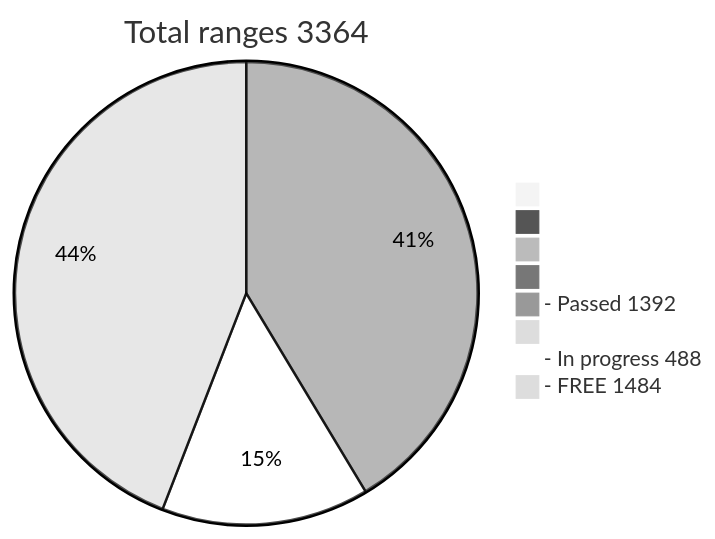
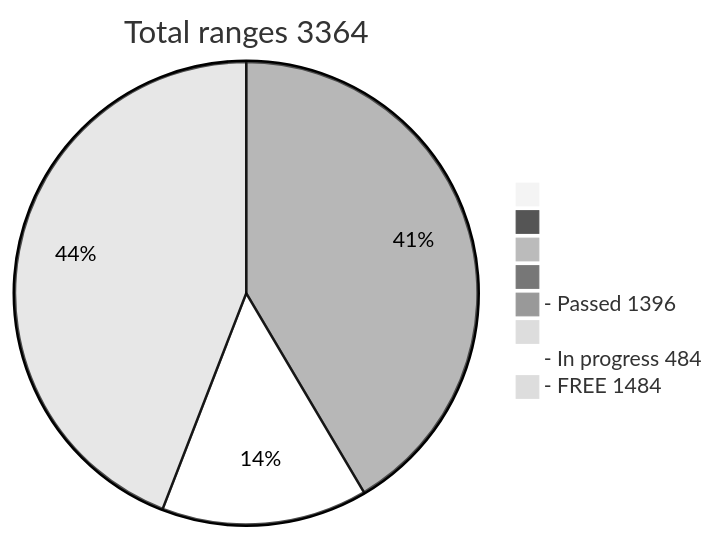
The diagram in README.md (phrutis/wif500), drawn with Mermaid (neutral theme) before and after one commit.

````diff
--- a/README.md
+++ b/README.md
@@ -16,12 +16,12 @@
 ```mermaid
 pie title Total ranges 3364
              " " : 0
             "  " : 0
            "   " : 0
           "    " : 0
-  "- Passed 1392" : 1392
+  "- Passed 1396" : 1396
          "     " : 0
-  "- In progress 488" : 488
+  "- In progress 484" : 484
    "- FREE 1484" : 1484
    
 ```
````
